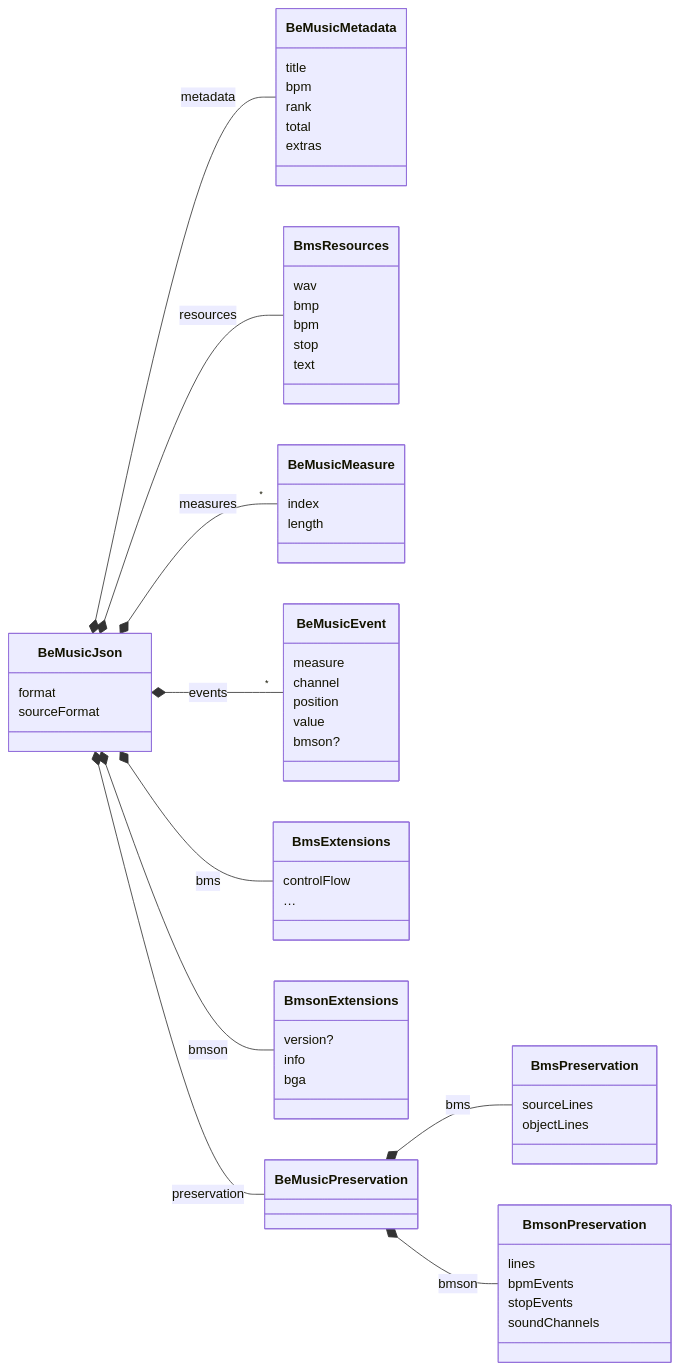
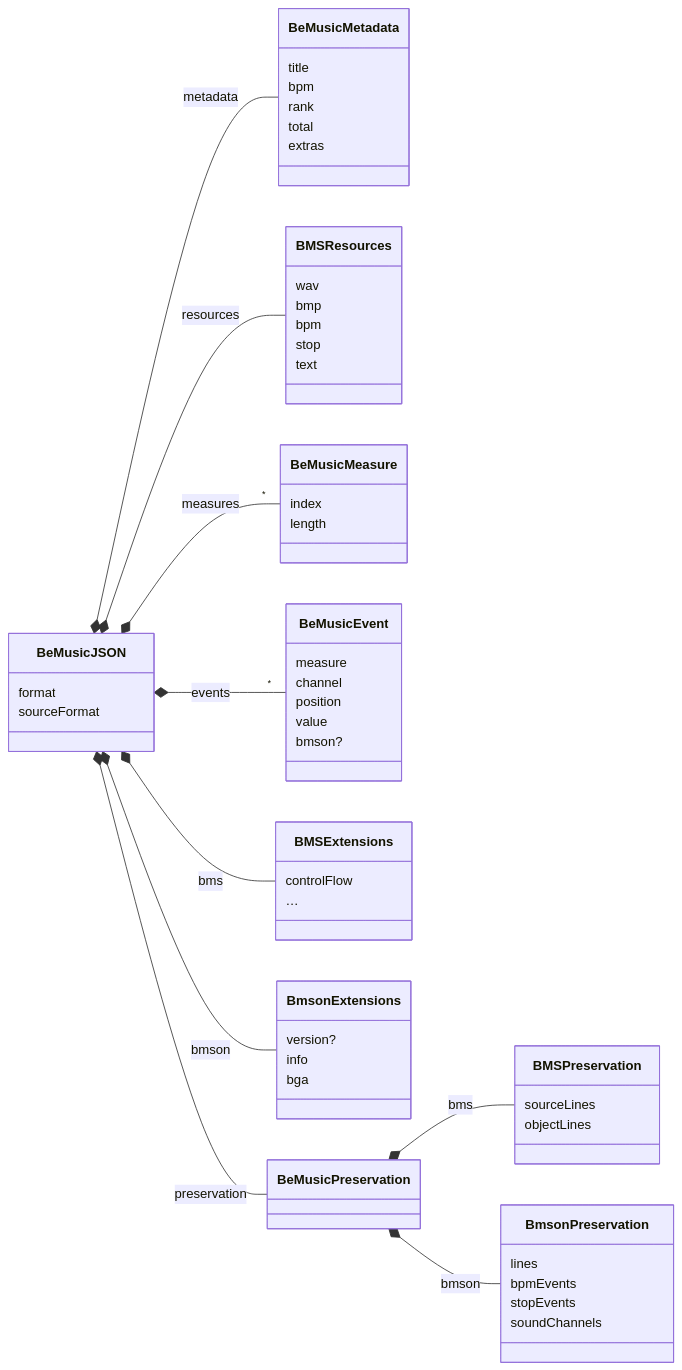
Before and after one commit to nulltask/be-music: the first of 2 diagrams in docs/json-spec.ja.md, drawn with Mermaid. The commit also changed other lines of this file and 921 other files, not shown here.

````diff
--- a/docs/json-spec.ja.md
+++ b/docs/json-spec.ja.md
@@ -32,61 +52,61 @@
 ```mermaid
 classDiagram
   direction LR
-  class BeMusicJson {
+  class BeMusicJSON {
     format
     sourceFormat
   }
   class BeMusicMetadata {
     title
     bpm
     rank
     total
     extras
   }
-  class BmsResources {
+  class BMSResources {
     wav
     bmp
     bpm
     stop
     text
   }
   class BeMusicMeasure {
     index
     length
   }
   class BeMusicEvent {
     measure
     channel
     position
     value
     bmson?
   }
-  class BmsExtensions {
+  class BMSExtensions {
     controlFlow
     …
   }
   class BmsonExtensions {
     version?
     info
     bga
   }
-  class BmsPreservation {
+  class BMSPreservation {
     sourceLines
     objectLines
   }
   class BmsonPreservation {
     lines
     bpmEvents
     stopEvents
     soundChannels
   }
-  BeMusicJson *-- BeMusicMetadata : metadata
-  BeMusicJson *-- BmsResources : resources
-  BeMusicJson *-- "*" BeMusicMeasure : measures
-  BeMusicJson *-- "*" BeMusicEvent : events
-  BeMusicJson *-- BmsExtensions : bms
-  BeMusicJson *-- BmsonExtensions : bmson
-  BeMusicJson *-- BeMusicPreservation : preservation
-  BeMusicPreservation *-- BmsPreservation : bms
+  BeMusicJSON *-- BeMusicMetadata : metadata
+  BeMusicJSON *-- BMSResources : resources
+  BeMusicJSON *-- "*" BeMusicMeasure : measures
+  BeMusicJSON *-- "*" BeMusicEvent : events
+  BeMusicJSON *-- BMSExtensions : bms
+  BeMusicJSON *-- BmsonExtensions : bmson
+  BeMusicJSON *-- BeMusicPreservation : preservation
+  BeMusicPreservation *-- BMSPreservation : bms
   BeMusicPreservation *-- BmsonPreservation : bmson
 ```
````
